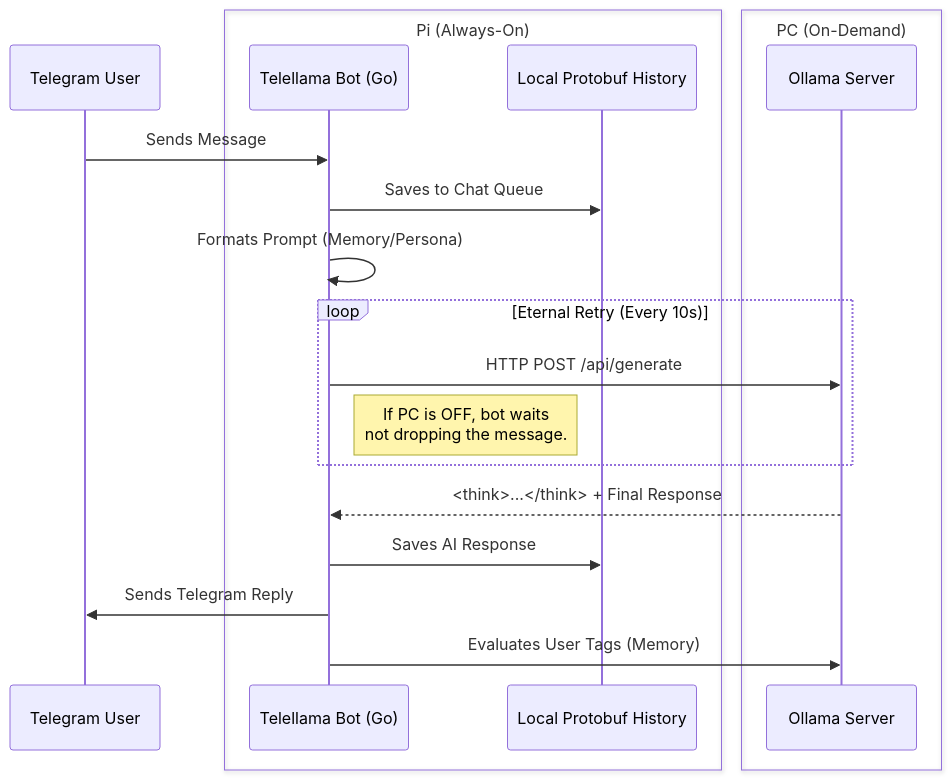
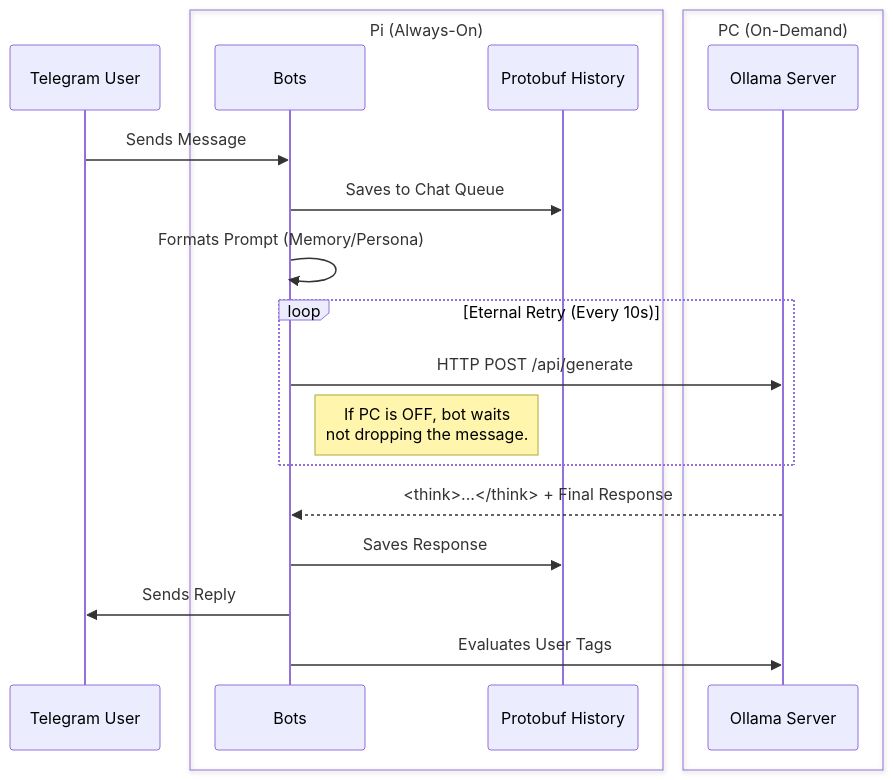
One commit to vadimfedulov101/tg-llm-multibot changed the diagram in README.md. Above: the diagram before and after it, drawn with Mermaid. The commit also changed other lines of this file, not shown here.

Commit message:
progress

````diff
--- a/README.md
+++ b/README.md
@@ -16,23 +16,23 @@
 ```mermaid
 sequenceDiagram
     participant U as Telegram User
     box Pi (Always-On)
-        participant B as Telellama Bot (Go)
-        participant Q as Local Protobuf History
+        participant B as Bots
+        participant Q as Protobuf History
     end
     box PC (On-Demand)
         participant O as Ollama Server
     end
 
     U->>B: Sends Message
     B->>Q: Saves to Chat Queue
     B->>B: Formats Prompt (Memory/Persona)
     loop Eternal Retry (Every 10s)
         B->>O: HTTP POST /api/generate
         note right of B: If PC is OFF, bot waits<br/>not dropping the message.
     end
     O-->>B: <think>...</think> + Final Response
-    B->>Q: Saves AI Response
-    B->>U: Sends Telegram Reply
-    B->>O: Evaluates User Tags (Memory)
+    B->>Q: Saves Response
+    B->>U: Sends Reply
+    B->>O: Evaluates User Tags
 ```
````
